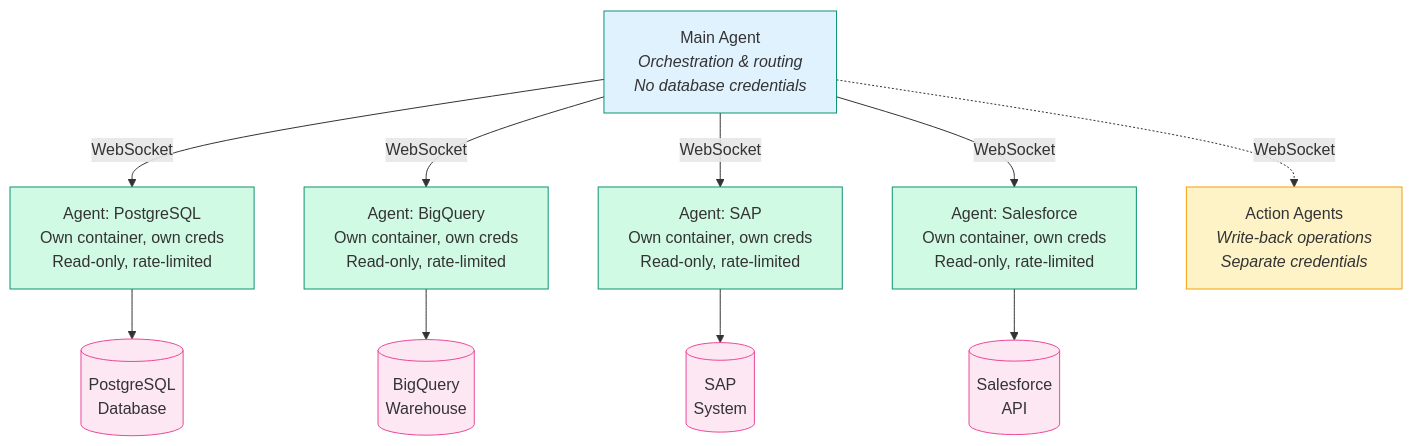
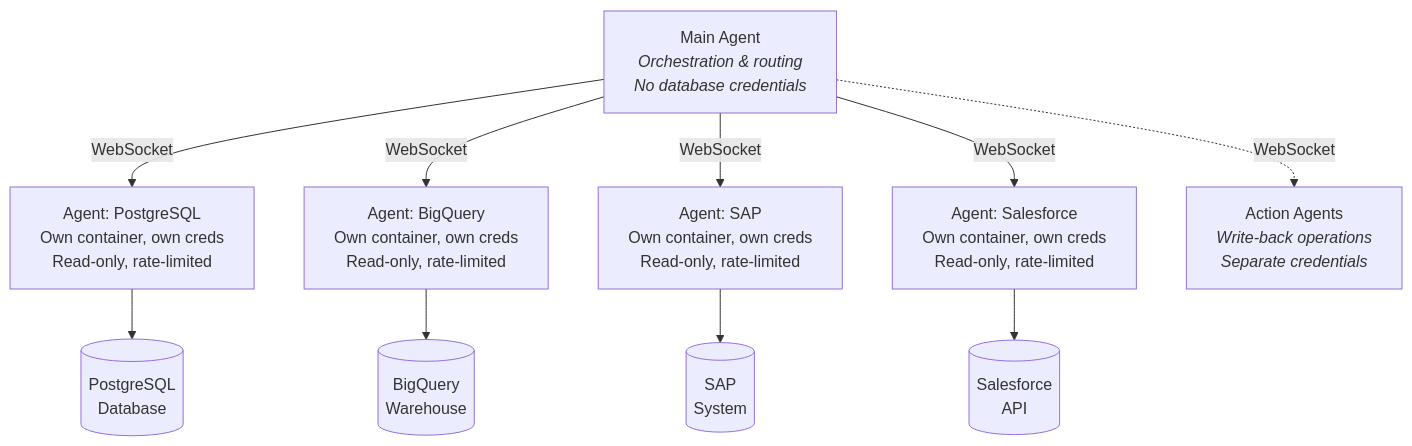
One commit to ashishsuperatom/tech-docs changed the first of 3 diagrams in architecture/agent-model.mdx. Above: the diagram before and after it, drawn with Mermaid. The commit also changed other lines of this file and 37 other files, not shown here.

First line of the commit message:
Clean up docs: remove em-dashes, fix mermaid diagrams, remove emojis

````diff
--- a/architecture/agent-model.mdx
+++ b/architecture/agent-model.mdx
@@ -49,27 +49,17 @@
 ```mermaid
 flowchart TD
     MA["Main Agent<br/><i>Orchestration & routing</i><br/><i>No database credentials</i>"]
 
     MA -- "WebSocket" --> A1["Agent: PostgreSQL<br/>Own container, own creds<br/>Read-only, rate-limited"]
     MA -- "WebSocket" --> A2["Agent: BigQuery<br/>Own container, own creds<br/>Read-only, rate-limited"]
     MA -- "WebSocket" --> A3["Agent: SAP<br/>Own container, own creds<br/>Read-only, rate-limited"]
     MA -- "WebSocket" --> A4["Agent: Salesforce<br/>Own container, own creds<br/>Read-only, rate-limited"]
 
     A1 --> DB1[("PostgreSQL<br/>Database")]
     A2 --> DB2[("BigQuery<br/>Warehouse")]
     A3 --> DB3[("SAP<br/>System")]
     A4 --> DB4[("Salesforce<br/>API")]
 
     MA -. "WebSocket" .-> AA["Action Agents<br/><i>Write-back operations</i><br/><i>Separate credentials</i>"]
 
-    style MA fill:#e0f2fe,stroke:#0D9373
-    style A1 fill:#d1fae5,stroke:#0D9373
-    style A2 fill:#d1fae5,stroke:#0D9373
-    style A3 fill:#d1fae5,stroke:#0D9373
-    style A4 fill:#d1fae5,stroke:#0D9373
-    style AA fill:#fef3c7,stroke:#f59e0b
-    style DB1 fill:#fce7f3,stroke:#ec4899
-    style DB2 fill:#fce7f3,stroke:#ec4899
-    style DB3 fill:#fce7f3,stroke:#ec4899
-    style DB4 fill:#fce7f3,stroke:#ec4899
 ```
````
